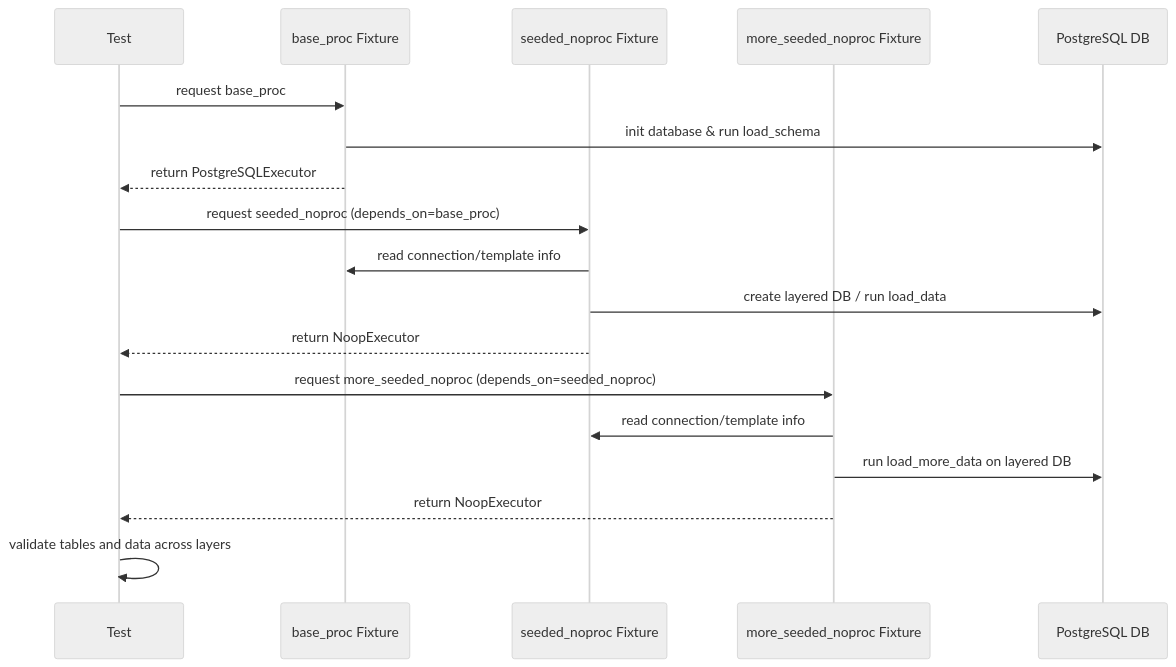
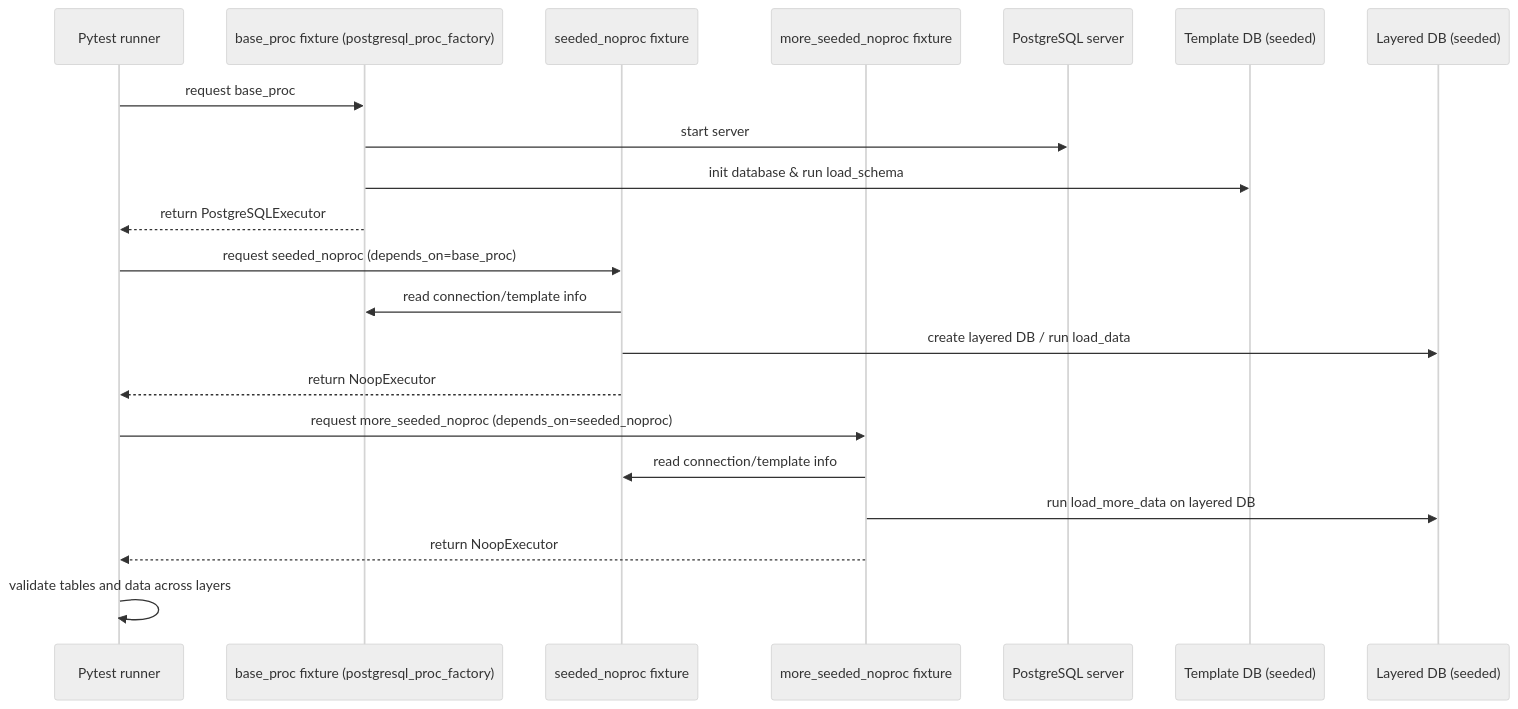
The diagram in docs/architecture_chaining.mmd (dbfixtures/pytest-postgresql), drawn with Mermaid (neutral theme) before and after one commit. The commit also changed 2 other files, not shown here.

Commit message:
Adjust diagrams to use same wording

```diff
--- a/docs/architecture_chaining.mmd
+++ b/docs/architecture_chaining.mmd
@@ -1,22 +1,25 @@
 sequenceDiagram
-        participant Test as Test
-        participant ProcF as base_proc Fixture
-        participant NoProc1 as seeded_noproc Fixture
-        participant NoProc2 as more_seeded_noproc Fixture
-        participant DB as PostgreSQL DB
+    participant Pytest as Pytest runner
+    participant BaseProc as base_proc fixture (postgresql_proc_factory)
+    participant NoProc1 as seeded_noproc fixture
+    participant NoProc2 as more_seeded_noproc fixture
+    participant PgServer as PostgreSQL server
+    participant TemplateDB as Template DB (seeded)
+    participant LayeredDB as Layered DB (seeded)
 
-        Test->>ProcF: request base_proc
-        ProcF->>DB: init database & run load_schema
-        ProcF-->>Test: return PostgreSQLExecutor
+    Pytest->>BaseProc: request base_proc
+    BaseProc->>PgServer: start server
+    BaseProc->>TemplateDB: init database & run load_schema
+    BaseProc-->>Pytest: return PostgreSQLExecutor
 
-        Test->>NoProc1: request seeded_noproc (depends_on=base_proc)
-        NoProc1->>ProcF: read connection/template info
-        NoProc1->>DB: create layered DB / run load_data
-        NoProc1-->>Test: return NoopExecutor
+    Pytest->>NoProc1: request seeded_noproc (depends_on=base_proc)
+    NoProc1->>BaseProc: read connection/template info
+    NoProc1->>LayeredDB: create layered DB / run load_data
+    NoProc1-->>Pytest: return NoopExecutor
 
-        Test->>NoProc2: request more_seeded_noproc (depends_on=seeded_noproc)
-        NoProc2->>NoProc1: read connection/template info
-        NoProc2->>DB: run load_more_data on layered DB
-        NoProc2-->>Test: return NoopExecutor
+    Pytest->>NoProc2: request more_seeded_noproc (depends_on=seeded_noproc)
+    NoProc2->>NoProc1: read connection/template info
+    NoProc2->>LayeredDB: run load_more_data on layered DB
+    NoProc2-->>Pytest: return NoopExecutor
 
-        Test->>Test: validate tables and data across layers
+    Pytest->>Pytest: validate tables and data across layers
```
